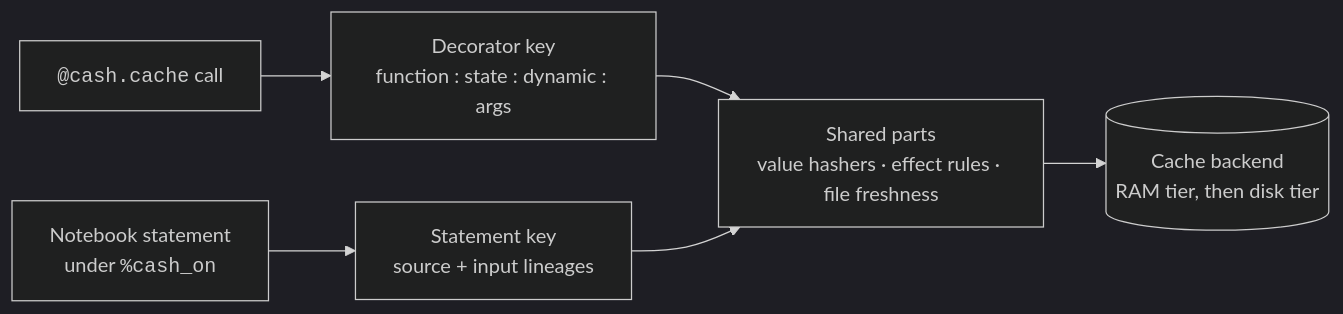
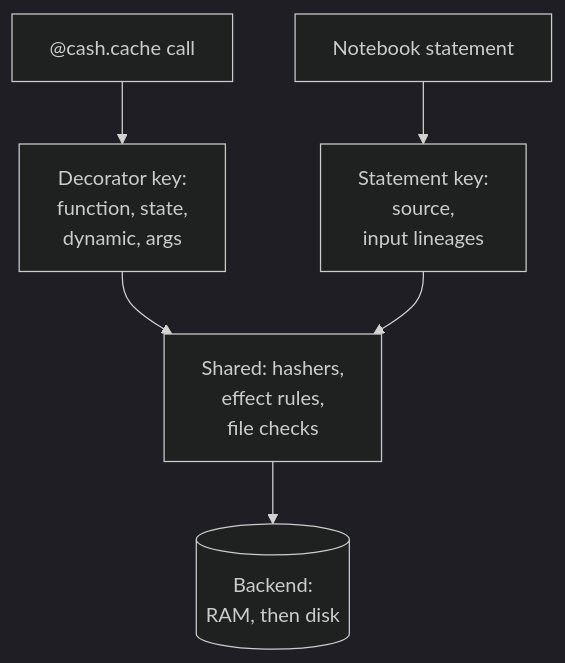
Before and after one commit to galgtonold/cash: the diagram in docs/how-it-works/overview.md, drawn with Mermaid (dark theme). The commit also changed 3 other files, not shown here.

First line of the commit message:
docs: redraw the How it works diagrams to stay readable on a phone

````diff
--- a/docs/how-it-works/overview.md
+++ b/docs/how-it-works/overview.md
@@ -18,8 +18,12 @@
 ```mermaid
-flowchart LR
-    D["<code>@cash.cache</code> call"] --> DK["Decorator key<br/>function : state : dynamic : args"]
-    N["Notebook statement<br/>under <code>%cash_on</code>"] --> NK["Statement key<br/>source + input lineages"]
-    DK --> SH["Shared parts<br/>value hashers · effect rules · file freshness"]
-    NK --> SH
-    SH --> B[("Cache backend<br/>RAM tier, then disk tier")]
+flowchart TB
+    D["@cash.cache call"]
+    N["Notebook statement"]
+    DK["Decorator key:<br/>function, state,<br/>dynamic, args"]
+    NK["Statement key:<br/>source,<br/>input lineages"]
+    SH["Shared: hashers,<br/>effect rules,<br/>file checks"]
+    B[("Backend:<br/>RAM, then disk")]
+    D --> DK --> SH
+    N --> NK --> SH
+    SH --> B
 ```
````
